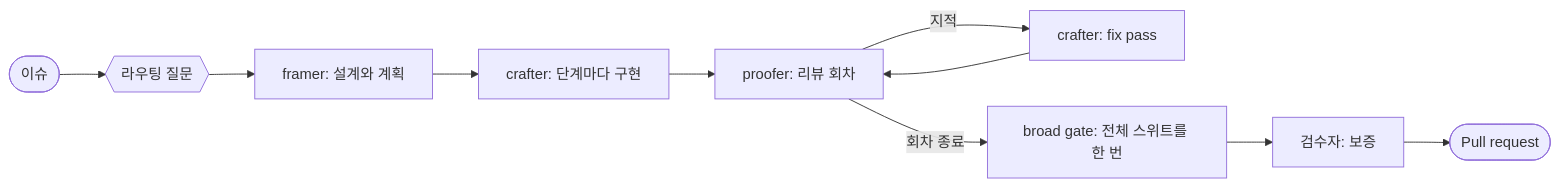
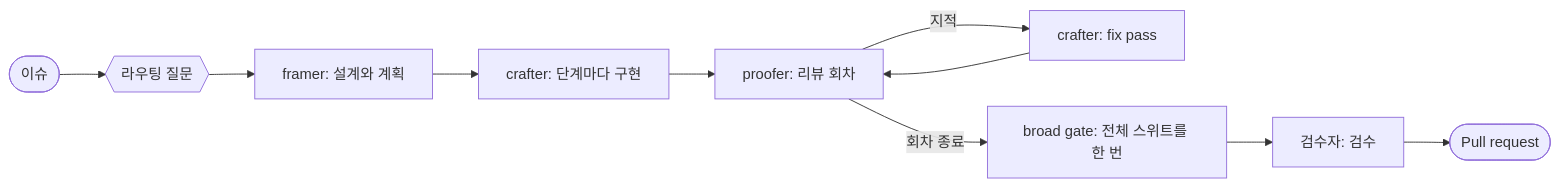
The diagram in README.ko.md (MichaelYcJo/AgenticSeal), drawn with Mermaid before and after one commit. The commit also changed other lines of this file and 119 other files, not shown here.

````diff
--- a/README.ko.md
+++ b/README.ko.md
@@ -32,12 +32,12 @@
 ```mermaid
 flowchart LR
     issue([이슈]) --> routing{{라우팅 질문}}
     routing --> framer[framer: 설계와 계획]
     framer --> crafter[crafter: 단계마다 구현]
     crafter --> proofer[proofer: 리뷰 회차]
     proofer -- 지적 --> fix[crafter: fix pass]
     fix --> proofer
     proofer -- 회차 종료 --> gate[broad gate: 전체 스위트를 한 번]
-    gate --> inspector[검수자: 보증]
+    gate --> inspector[검수자: 검수]
     inspector --> pr([Pull request])
 ```
````
